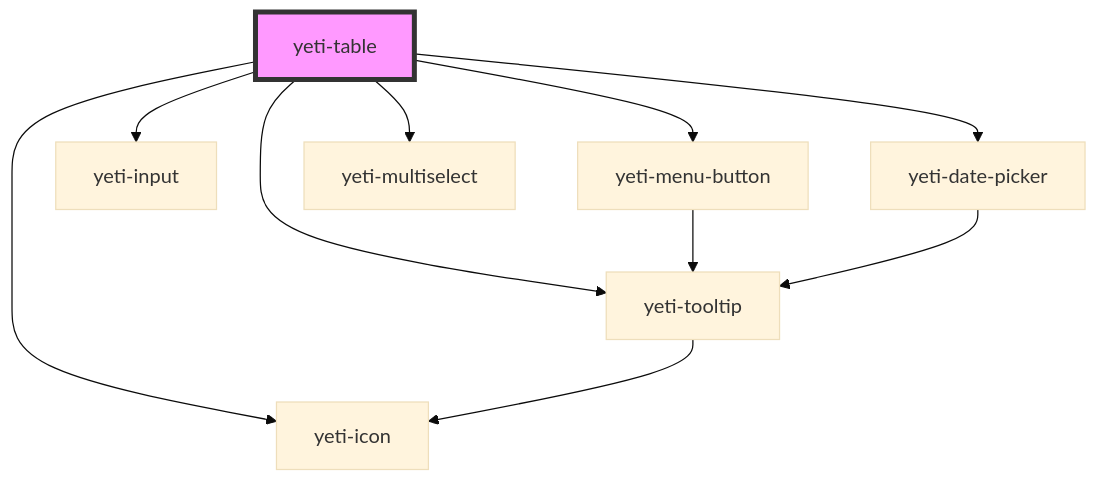
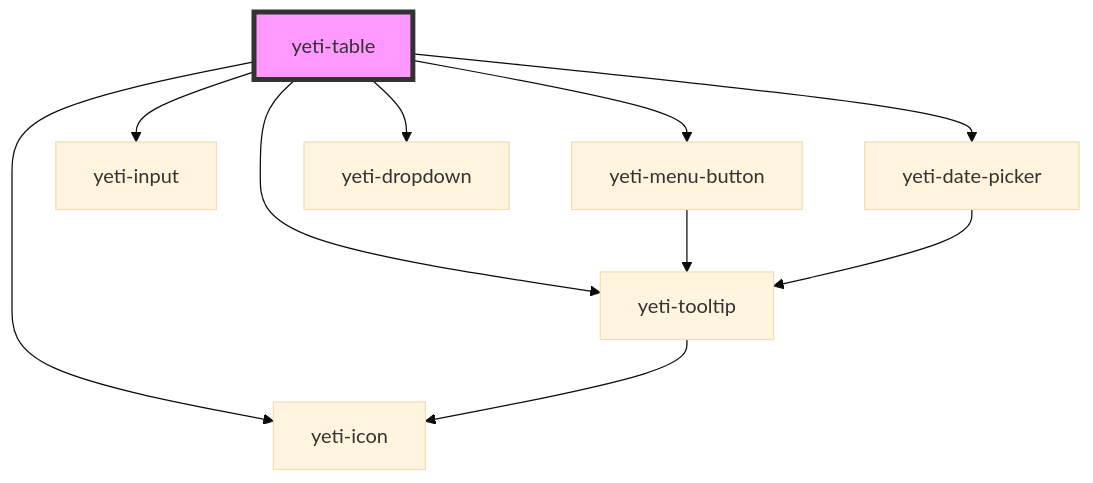
The diagram in src/components/yeti-table/readme.md (msoltvedt/yeti), drawn with Mermaid (base theme) before and after one commit. The commit also changed other lines of this file and 41 other files, not shown here.

Commit message:
Refactor Multiselect as a variant of a new Dropdown type

````diff
--- a/src/components/yeti-table/readme.md
+++ b/src/components/yeti-table/readme.md
@@ -48,13 +48,13 @@
 ```mermaid
 graph TD;
   yeti-table --> yeti-icon
   yeti-table --> yeti-menu-button
   yeti-table --> yeti-tooltip
   yeti-table --> yeti-input
   yeti-table --> yeti-date-picker
-  yeti-table --> yeti-multiselect
+  yeti-table --> yeti-dropdown
   yeti-menu-button --> yeti-tooltip
   yeti-tooltip --> yeti-icon
   yeti-date-picker --> yeti-tooltip
   style yeti-table fill:#f9f,stroke:#333,stroke-width:4px
 ```
````
